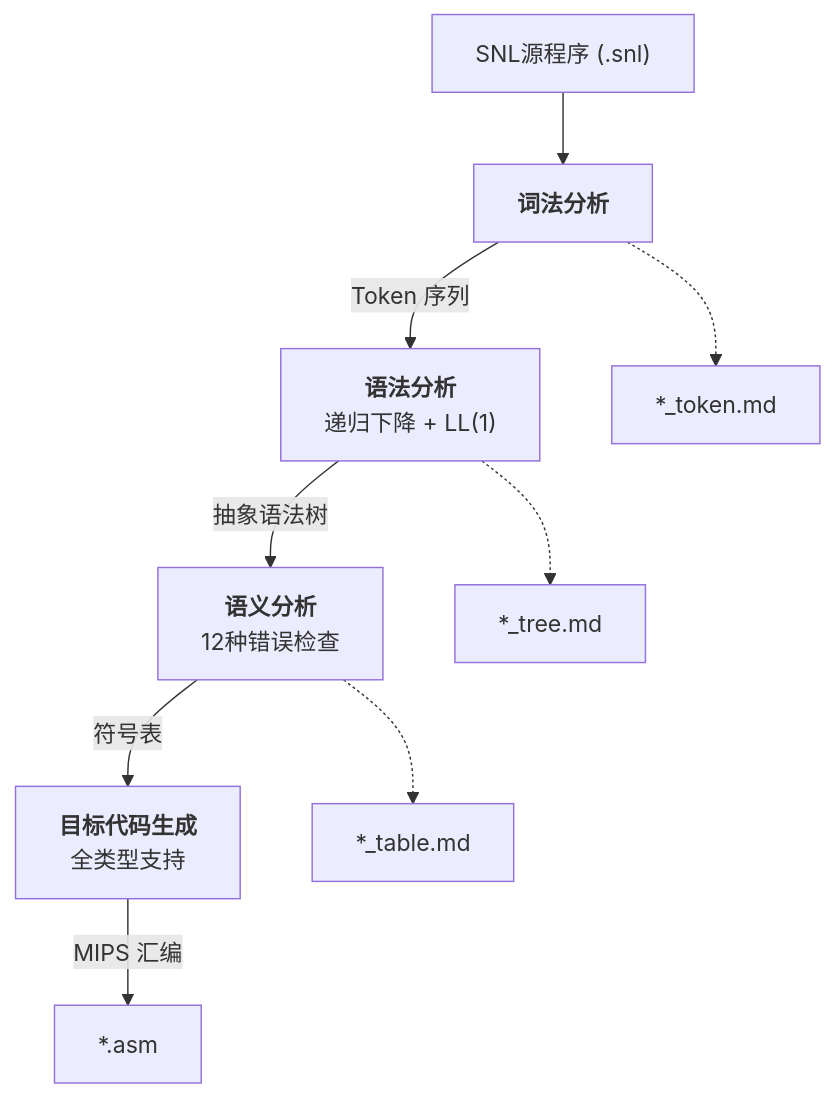
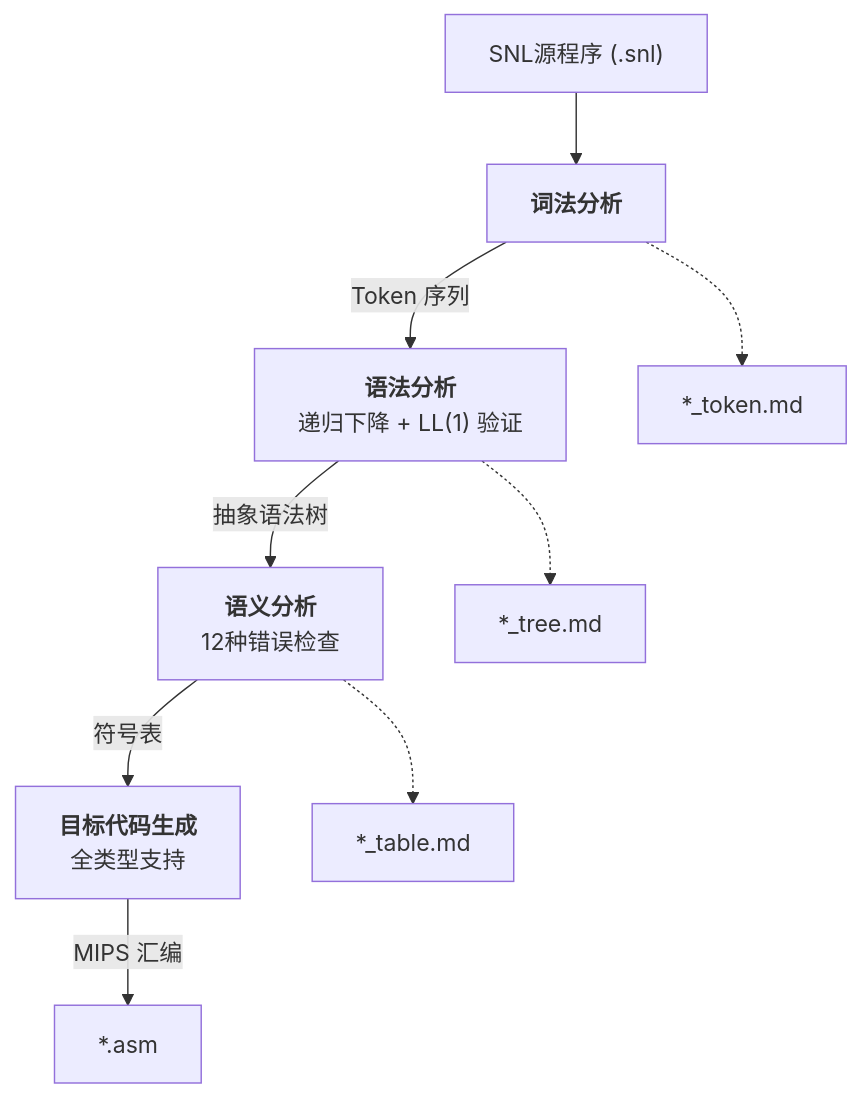
The diagram in README.md (ExTNT/snl_compiler), drawn with Mermaid before and after one commit. The commit also changed other lines of this file and 32 other files, not shown here.

````diff
--- a/README.md
+++ b/README.md
@@ -45,23 +45,23 @@
 ```mermaid
 flowchart TD
     SRC["SNL源程序 (.snl)"]
     LEX["<b>词法分析</b>"]
-    PARSE["<b>语法分析</b><br/>递归下降 + LL(1)"]
+    PARSE["<b>语法分析</b><br/>递归下降 + LL(1) 验证"]
     SEM["<b>语义分析</b><br/>12种错误检查"]
     CG["<b>目标代码生成</b><br/>全类型支持"]
 
     TOKEN["*_token.md"]
     TREE["*_tree.md"]
     TABLE["*_table.md"]
     ASM["*.asm"]
 
     SRC --> LEX
     LEX -->|"Token 序列"| PARSE
     PARSE -->|"抽象语法树"| SEM
     SEM -->|"符号表"| CG
     CG -->|"MIPS 汇编"| ASM
 
     LEX -.-> TOKEN
     PARSE -.-> TREE
     SEM -.-> TABLE
 ```
````
